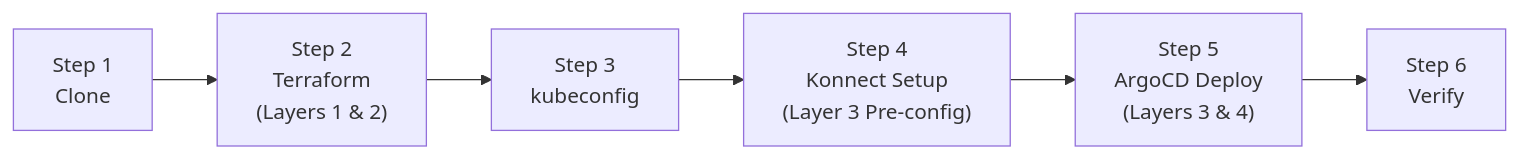
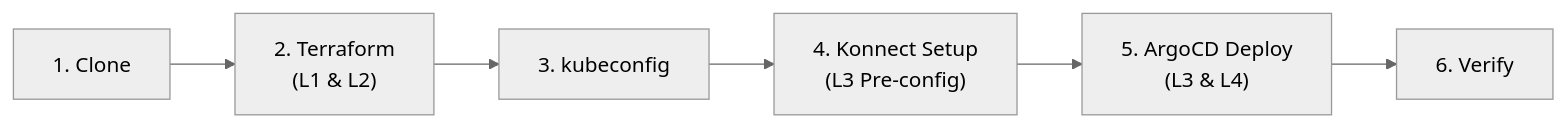
Diagram 11 of 12 in README.md (shanaka-versent/EKS-Kong-GatewayAPI-Demo), drawn with Mermaid before and after one commit. The commit also changed other lines of this file, not shown here.

First line of the commit message:
Update all Mermaid diagrams: grayscale theme, horizontal alignment, clean labels

````diff
--- a/README.md
+++ b/README.md
@@ -569,8 +583,9 @@
 ```mermaid
+%%{init: {'theme': 'neutral'}}%%
 flowchart LR
-    S1["Step 1\nClone"] --> S2["Step 2\nTerraform\n(Layers 1 & 2)"]
-    S2 --> S3["Step 3\nkubeconfig"]
-    S3 --> S4["Step 4\nKonnect Setup\n(Layer 3 Pre-config)"]
-    S4 --> S5["Step 5\nArgoCD Deploy\n(Layers 3 & 4)"]
-    S5 --> S6["Step 6\nVerify"]
+    S1["1. Clone"] --> S2["2. Terraform\n(L1 & L2)"]
+    S2 --> S3["3. kubeconfig"]
+    S3 --> S4["4. Konnect Setup\n(L3 Pre-config)"]
+    S4 --> S5["5. ArgoCD Deploy\n(L3 & L4)"]
+    S5 --> S6["6. Verify"]
 ```
````
